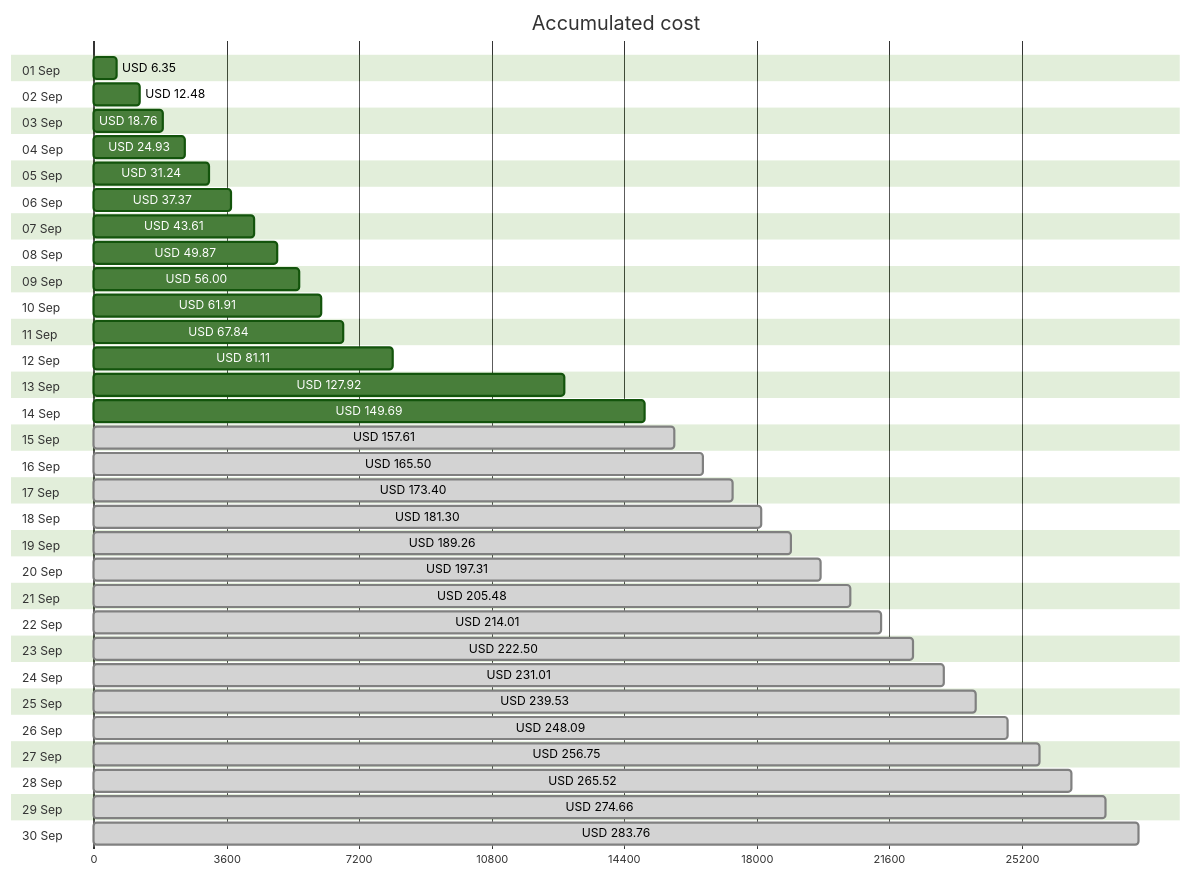
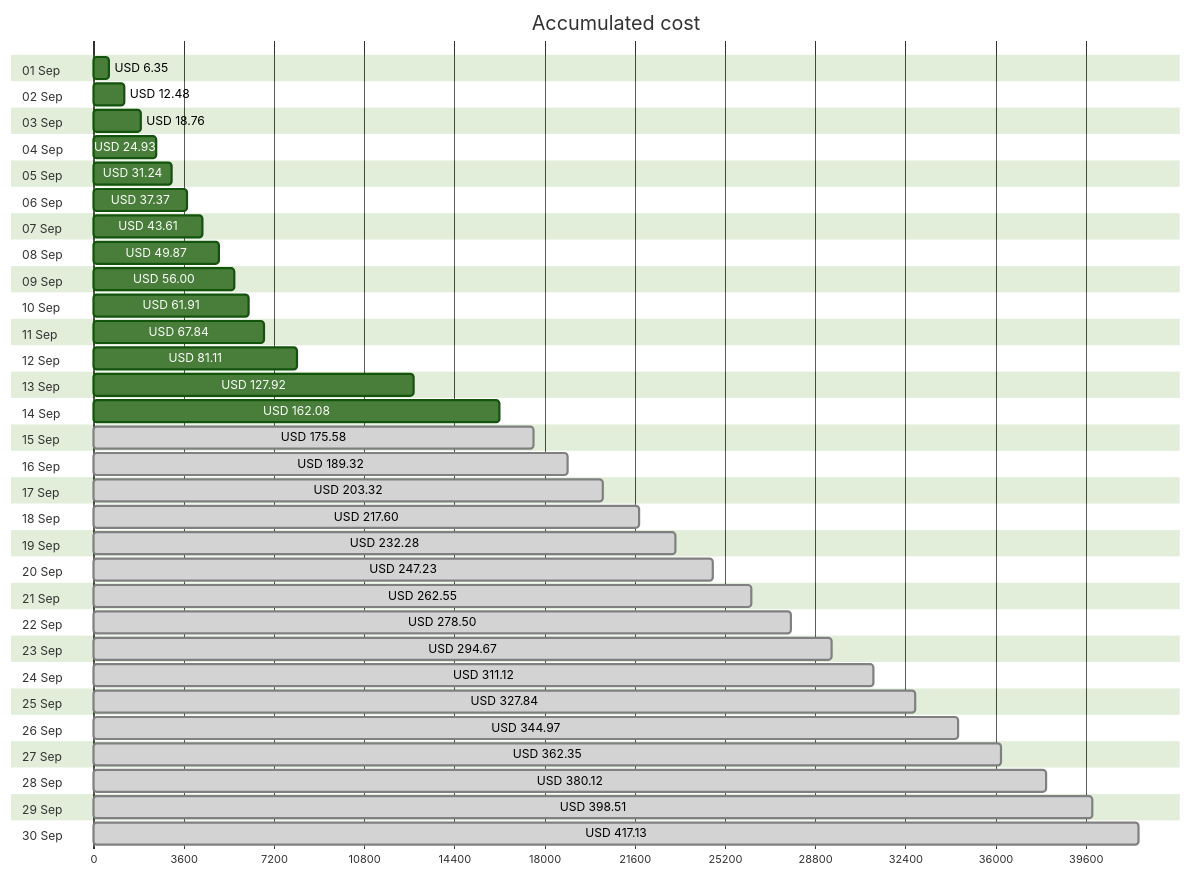
The first of 4 diagrams in cost-reports/accumulated-cost.md (jpfulton/azure-personal-reports), drawn with Mermaid (forest theme) before and after one commit. The commit also changed other lines of this file and 37 other files, not shown here.

````diff
--- a/cost-reports/accumulated-cost.md
+++ b/cost-reports/accumulated-cost.md
@@ -20,66 +20,66 @@
 ```mermaid
 gantt
    title Accumulated cost
    dateFormat  X
    axisFormat %s
    section 01 Sep
    USD 6.35 :0, 635
    section 02 Sep
    USD 12.48 :0, 1248
    section 03 Sep
    USD 18.76 :0, 1876
    section 04 Sep
    USD 24.93 :0, 2493
    section 05 Sep
    USD 31.24 :0, 3124
    section 06 Sep
    USD 37.37 :0, 3737
    section 07 Sep
    USD 43.61 :0, 4361
    section 08 Sep
    USD 49.87 :0, 4987
    section 09 Sep
    USD 56.00 :0, 5600
    section 10 Sep
    USD 61.91 :0, 6191
    section 11 Sep
    USD 67.84 :0, 6784
    section 12 Sep
    USD 81.11 :0, 8111
    section 13 Sep
    USD 127.92 :0, 12792
    section 14 Sep
-   USD 149.69 :0, 14969
+   USD 162.08 :0, 16208
    section 15 Sep
-   USD 157.61 : done, 0, 15761
+   USD 175.58 : done, 0, 17558
    section 16 Sep
-   USD 165.50 : done, 0, 16550
+   USD 189.32 : done, 0, 18932
    section 17 Sep
-   USD 173.40 : done, 0, 17340
+   USD 203.32 : done, 0, 20332
    section 18 Sep
-   USD 181.30 : done, 0, 18130
+   USD 217.60 : done, 0, 21760
    section 19 Sep
-   USD 189.26 : done, 0, 18926
+   USD 232.28 : done, 0, 23228
    section 20 Sep
-   USD 197.31 : done, 0, 19731
+   USD 247.23 : done, 0, 24723
    section 21 Sep
-   USD 205.48 : done, 0, 20548
+   USD 262.55 : done, 0, 26255
    section 22 Sep
-   USD 214.01 : done, 0, 21401
+   USD 278.50 : done, 0, 27850
    section 23 Sep
-   USD 222.50 : done, 0, 22250
+   USD 294.67 : done, 0, 29467
    section 24 Sep
-   USD 231.01 : done, 0, 23101
+   USD 311.12 : done, 0, 31112
    section 25 Sep
-   USD 239.53 : done, 0, 23953
+   USD 327.84 : done, 0, 32784
    section 26 Sep
-   USD 248.09 : done, 0, 24809
+   USD 344.97 : done, 0, 34497
    section 27 Sep
-   USD 256.75 : done, 0, 25675
+   USD 362.35 : done, 0, 36235
    section 28 Sep
-   USD 265.52 : done, 0, 26552
+   USD 380.12 : done, 0, 38012
    section 29 Sep
-   USD 274.66 : done, 0, 27466
+   USD 398.51 : done, 0, 39851
    section 30 Sep
-   USD 283.76 : done, 0, 28376
+   USD 417.13 : done, 0, 41713
 ```
````
